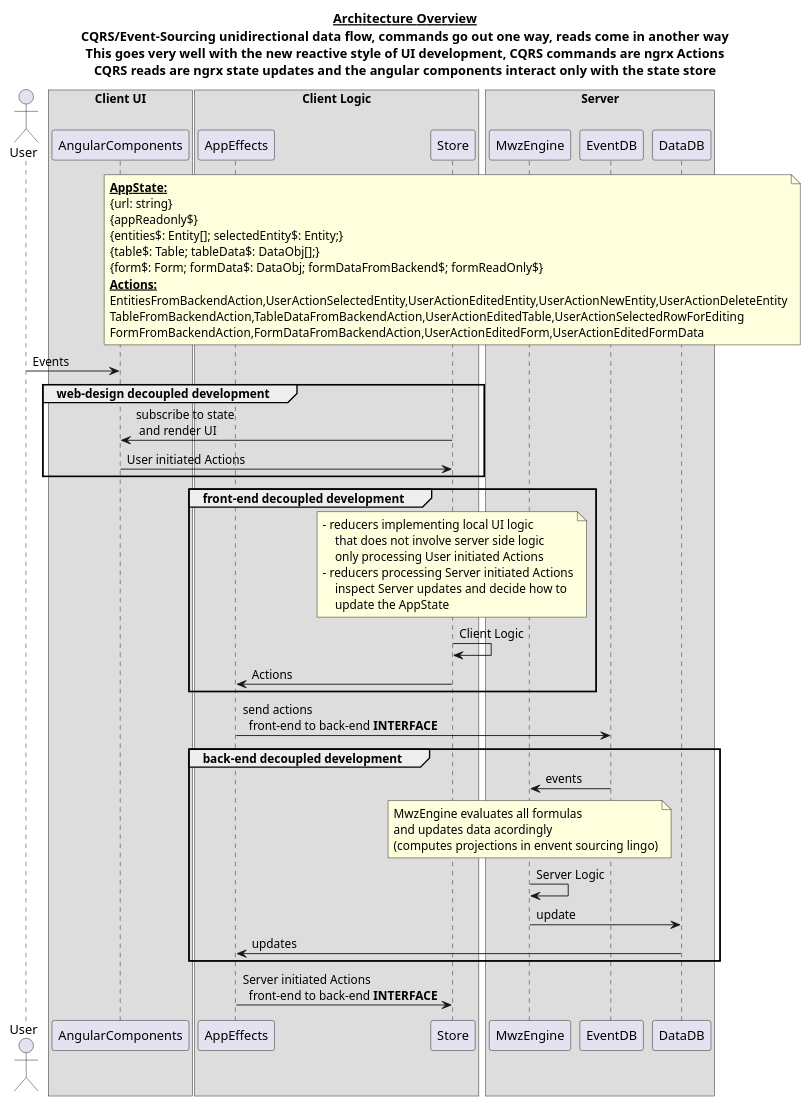
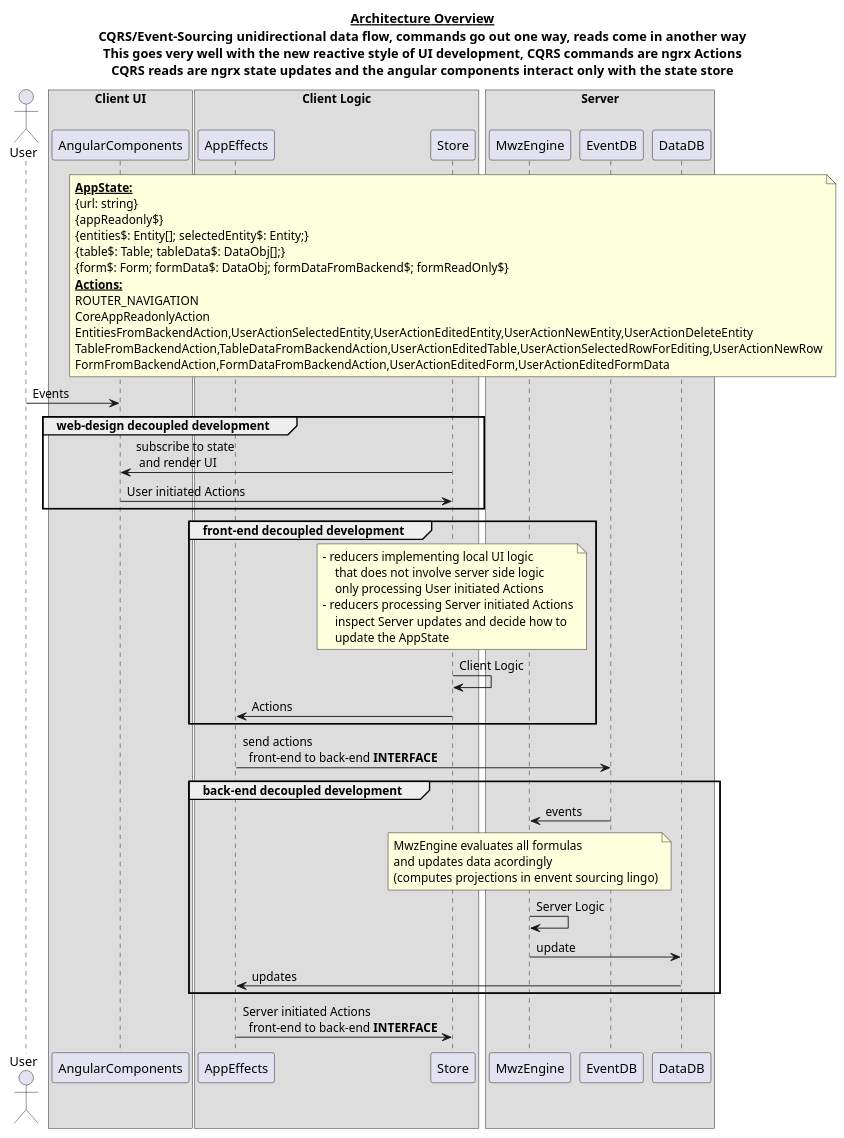
Before and after one commit to formuladb/poc1: the diagram in docs/architecture.puml, drawn with PlantUML. The commit also changed 5 other files, not shown here.

```diff
--- a/docs/architecture.puml
+++ b/docs/architecture.puml
@@ -1,74 +1,76 @@
 @startuml architecture
 
 title __Architecture Overview__\n\
 CQRS/Event-Sourcing unidirectional data flow, commands go out one way, reads come in another way\n\
 This goes very well with the new reactive style of UI development, CQRS commands are ngrx Actions\n\
 CQRS reads are ngrx state updates and the angular components interact only with the state store
 
 actor User
 box "Client UI"
     participant AngularComponents
 end box
 box "Client Logic"
     participant AppEffects
     participant Store
 end box
 box "Server"
     participant MwzEngine
     participant EventDB
     participant DataDB
 end box
 
 note over Store
 **__AppState:__**
 {url: string}
 {appReadonly$}
 {entities$: Entity[]; selectedEntity$: Entity;}
 {table$: Table; tableData$: DataObj[];}
 {form$: Form; formData$: DataObj; formDataFromBackend$; formReadOnly$}
 **__Actions:__**
+ROUTER_NAVIGATION
+CoreAppReadonlyAction
 EntitiesFromBackendAction,UserActionSelectedEntity,UserActionEditedEntity,UserActionNewEntity,UserActionDeleteEntity
-TableFromBackendAction,TableDataFromBackendAction,UserActionEditedTable,UserActionSelectedRowForEditing
+TableFromBackendAction,TableDataFromBackendAction,UserActionEditedTable,UserActionSelectedRowForEditing,UserActionNewRow
 FormFromBackendAction,FormDataFromBackendAction,UserActionEditedForm,UserActionEditedFormData
 end note
 
 User -> AngularComponents: Events
 
 group web-design decoupled development
     AngularComponents <- Store: subscribe to state\n and render UI
     AngularComponents -> Store: User initiated Actions
 end
 
 group front-end decoupled development
     note over Store
     - reducers implementing local UI logic
         that does not involve server side logic
         only processing User initiated Actions
     - reducers processing Server initiated Actions
         inspect Server updates and decide how to 
         update the AppState
     end note
     Store -> Store: Client Logic
     Store -> AppEffects: Actions
 end
 
 AppEffects -> EventDB: send actions\n\
   front-end to back-end **INTERFACE**
 
 group back-end decoupled development
 
     EventDB -> MwzEngine: events
     note over MwzEngine
     MwzEngine evaluates all formulas
     and updates data acordingly
     (computes projections in envent sourcing lingo)
     end note
     MwzEngine -> MwzEngine: Server Logic
     MwzEngine -> DataDB: update
     DataDB -> AppEffects: updates
 end
 
 AppEffects -> Store: Server initiated Actions\n\
   front-end to back-end **INTERFACE**
 
 @enduml
```
